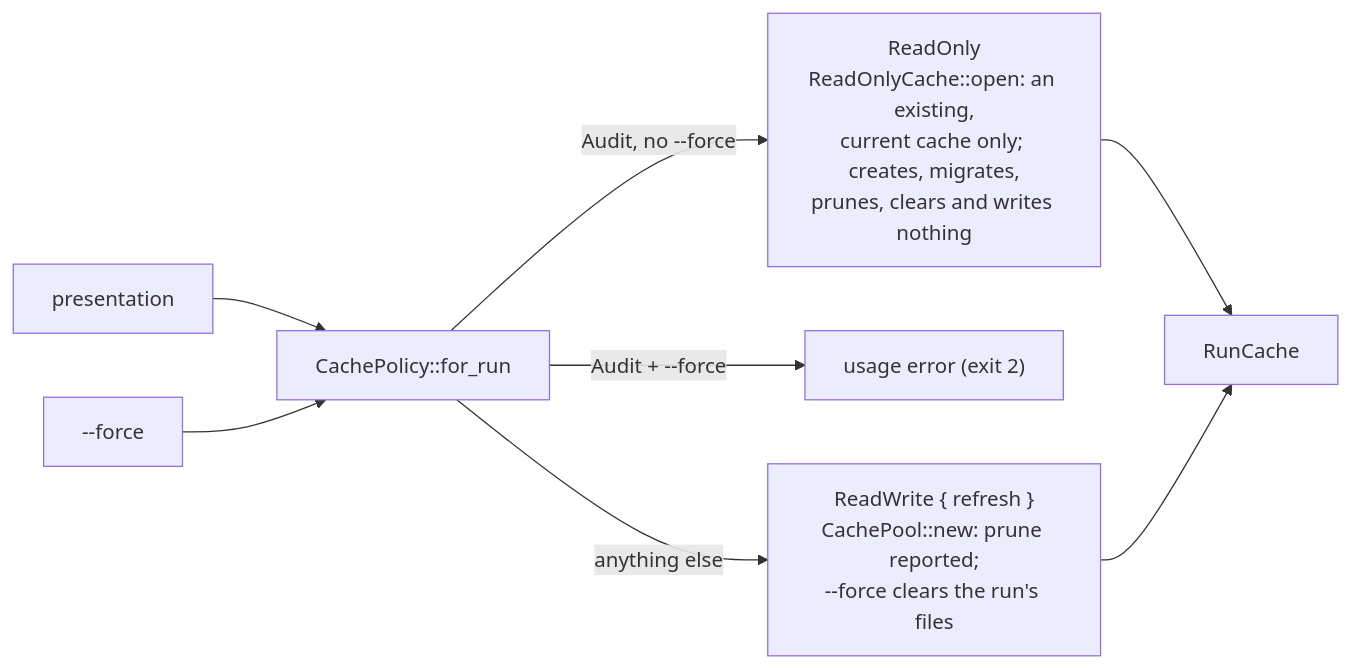
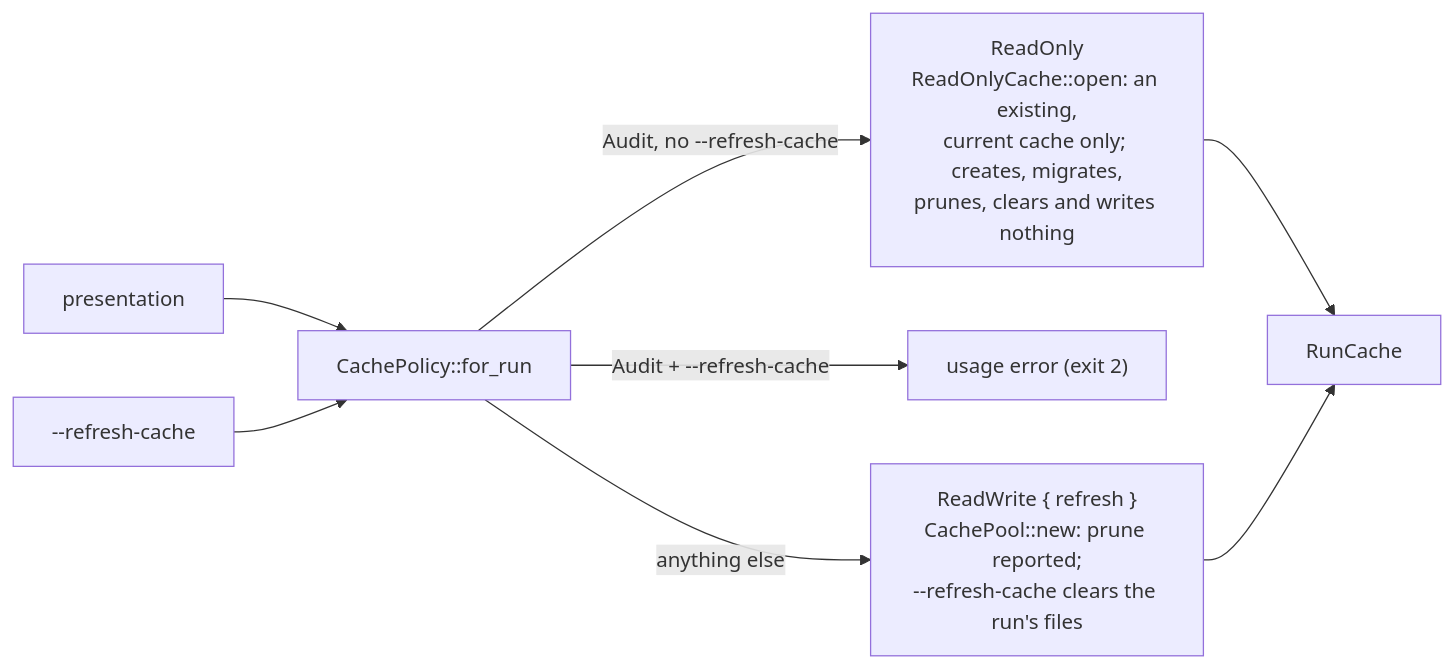
One commit to TalkBank/chatter changed the fourth of 7 diagrams in book/src/architecture/parser-and-grammar/validation-cache.md. Above: the diagram before and after it, drawn with Mermaid. The commit also changed other lines of this file and 267 other files, not shown here.

````diff
--- a/book/src/architecture/parser-and-grammar/validation-cache.md
+++ b/book/src/architecture/parser-and-grammar/validation-cache.md
@@ -236,10 +240,10 @@
 ```mermaid
 flowchart LR
     pres["presentation"] --> pol["CachePolicy::for_run"]
-    force["--force"] --> pol
-    pol -->|"Audit, no --force"| ro["ReadOnly\nReadOnlyCache::open: an existing,\ncurrent cache only; creates, migrates,\nprunes, clears and writes nothing"]
-    pol -->|"Audit + --force"| err["usage error (exit 2)"]
-    pol -->|"anything else"| rw["ReadWrite { refresh }\nCachePool::new: prune reported;\n--force clears the run's files"]
+    force["--refresh-cache"] --> pol
+    pol -->|"Audit, no --refresh-cache"| ro["ReadOnly\nReadOnlyCache::open: an existing,\ncurrent cache only; creates, migrates,\nprunes, clears and writes nothing"]
+    pol -->|"Audit + --refresh-cache"| err["usage error (exit 2)"]
+    pol -->|"anything else"| rw["ReadWrite { refresh }\nCachePool::new: prune reported;\n--refresh-cache clears the run's files"]
     ro --> run["RunCache"]
     rw --> run
 ```
````
